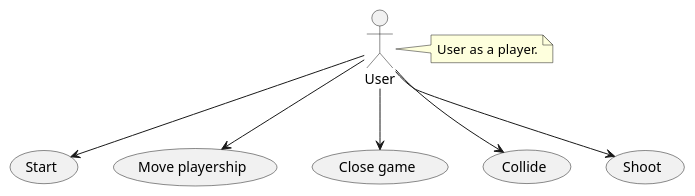
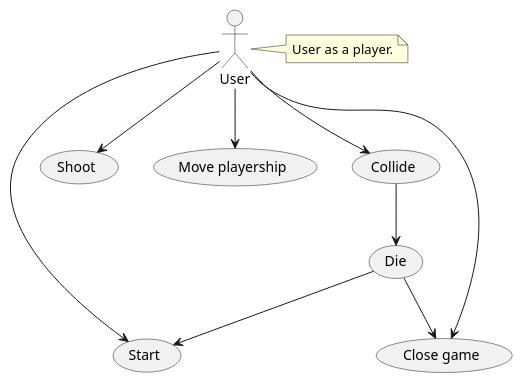
One commit to PattenIan/AsteroidsFX changed the diagram in Diagrams/Use case/UserInteraction.puml. Above: the diagram before and after it, drawn with PlantUML. The commit also changed 10 other files, not shown here.

```diff
--- a/Diagrams/Use case/UserInteraction.puml
+++ b/Diagrams/Use case/UserInteraction.puml
@@ -1,12 +1,15 @@
 @startuml
 'https://plantuml.com/use-case-diagram
 
 User --> (Start)
+User --> (Shoot)
 User --> (Move playership)
 User --> (Close game)
 User --> (Collide)
-User --> (Shoot)
+(Collide) --> (Die)
+(Die) --> (Start)
+(Die) --> (Close game)
 
 
 note right of User : User as a player.
 @enduml
```
